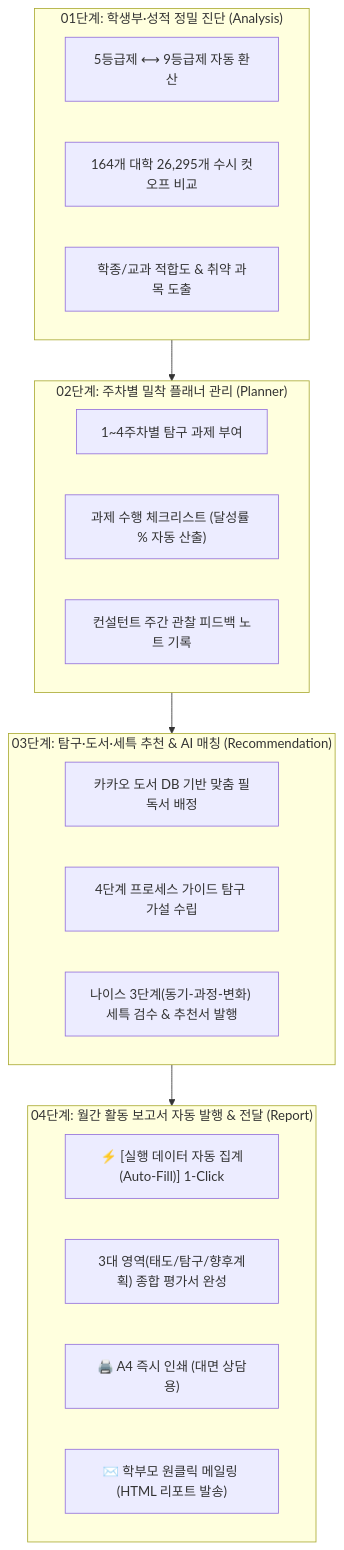
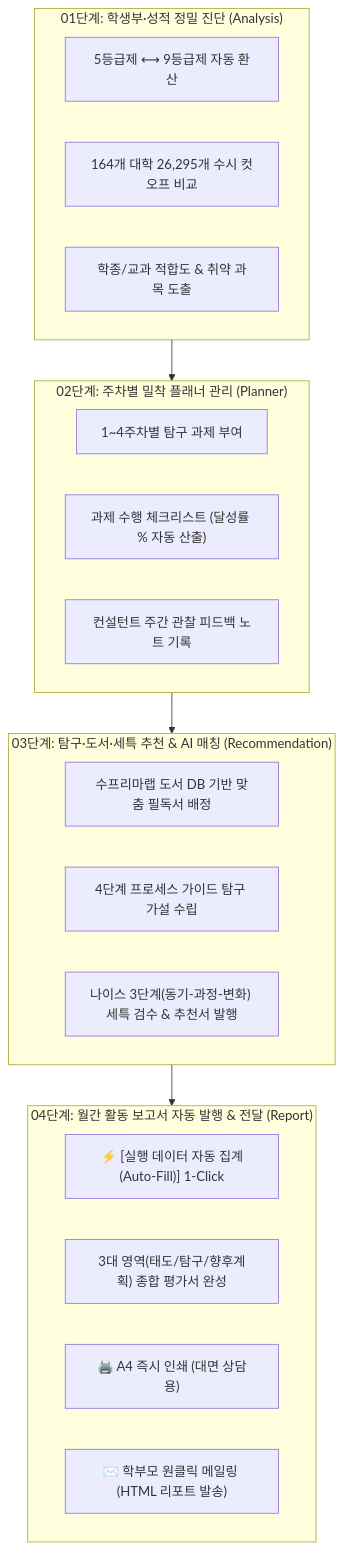
One commit to ipsicreator/consultant-app changed the first of 2 diagrams in public/guides/대치수프리마_컨설턴트_업무매뉴얼_및_실무가이드.md. Above: the diagram before and after it, drawn with Mermaid. The commit also changed other lines of this file and 15 other files, not shown here.

Commit message:
refactor: 도서 DB 브랜드 표기 일원화 (카카오 ➔ 수프리마랩 도서 DB)

````diff
--- a/public/guides/대치수프리마_컨설턴트_업무매뉴얼_및_실무가이드.md
+++ b/public/guides/대치수프리마_컨설턴트_업무매뉴얼_및_실무가이드.md
@@ -22,29 +22,29 @@
 ```mermaid
 flowchart TD
     subgraph S1 ["01단계: 학생부·성적 정밀 진단 (Analysis)"]
         D1["5등급제 ⟷ 9등급제 자동 환산"]
         D2["164개 대학 26,295개 수시 컷오프 비교"]
         D3["학종/교과 적합도 & 취약 과목 도출"]
     end
 
     subgraph S2 ["02단계: 주차별 밀착 플래너 관리 (Planner)"]
         P1["1~4주차별 탐구 과제 부여"]
         P2["과제 수행 체크리스트 (달성률 % 자동 산출)"]
         P3["컨설턴트 주간 관찰 피드백 노트 기록"]
     end
 
     subgraph S3 ["03단계: 탐구·도서·세특 추천 & AI 매칭 (Recommendation)"]
-        R1["카카오 도서 DB 기반 맞춤 필독서 배정"]
+        R1["수프리마랩 도서 DB 기반 맞춤 필독서 배정"]
         R2["4단계 프로세스 가이드 탐구 가설 수립"]
         R3["나이스 3단계(동기-과정-변화) 세특 검수 & 추천서 발행"]
     end
 
     subgraph S4 ["04단계: 월간 활동 보고서 자동 발행 & 전달 (Report)"]
         RP1["⚡ [실행 데이터 자동 집계(Auto-Fill)] 1-Click"]
         RP2["3대 영역(태도/탐구/향후계획) 종합 평가서 완성"]
         RP3["🖨️ A4 즉시 인쇄 (대면 상담용)"]
         RP4["✉️ 학부모 원클릭 메일링 (HTML 리포트 발송)"]
     end
 
     S1 --> S2 --> S3 --> S4
 ```
````
